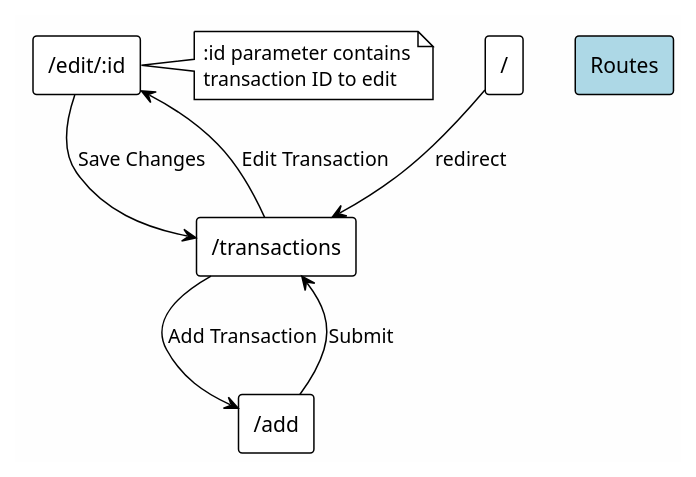
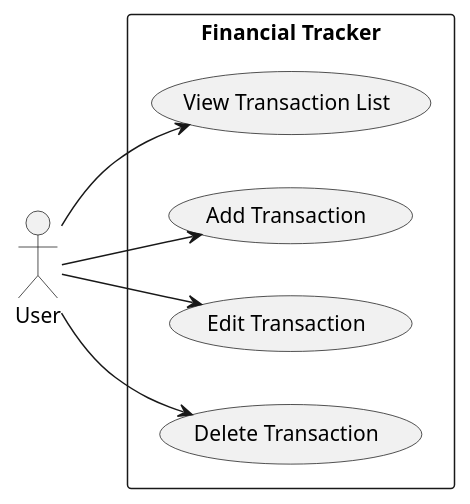
The first of 3 diagrams in README.md (MarchianTz/test_subj), drawn with PlantUML before and after one commit. The commit also changed other lines of this file, not shown here.

````diff
--- a/README.md
+++ b/README.md
@@ -383,24 +113,18 @@
 ```plantuml
-@startuml Routing Diagram
-!theme plain
-skinparam backgroundColor #FEFEFE
+@startuml Use Case Diagram
+left to right direction
+actor "User" as user
 
-rectangle "Routes" as routes #LightBlue
+rectangle "Financial Tracker" {
+    usecase "View Transaction List" as view
+    usecase "Add Transaction" as add
+    usecase "Edit Transaction" as edit
+    usecase "Delete Transaction" as delete
+}
 
-rectangle "/" as root
-rectangle "/transactions" as list
-rectangle "/add" as add
-rectangle "/edit/:id" as edit
-
-root --> list : redirect
-list --> add : "Add Transaction"
-list --> edit : "Edit Transaction"
-add --> list : "Submit"
-edit --> list : "Save Changes"
-
-note right of edit
-    :id parameter contains
-    transaction ID to edit
-end note
+user --> view
+user --> add
+user --> edit
+user --> delete
 @enduml
 ```
````
